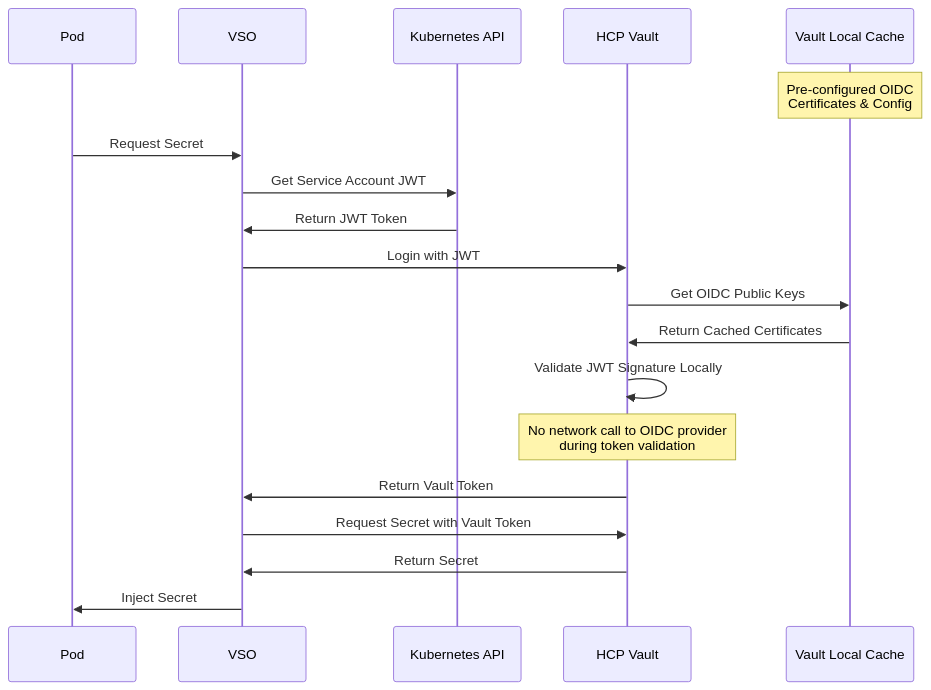
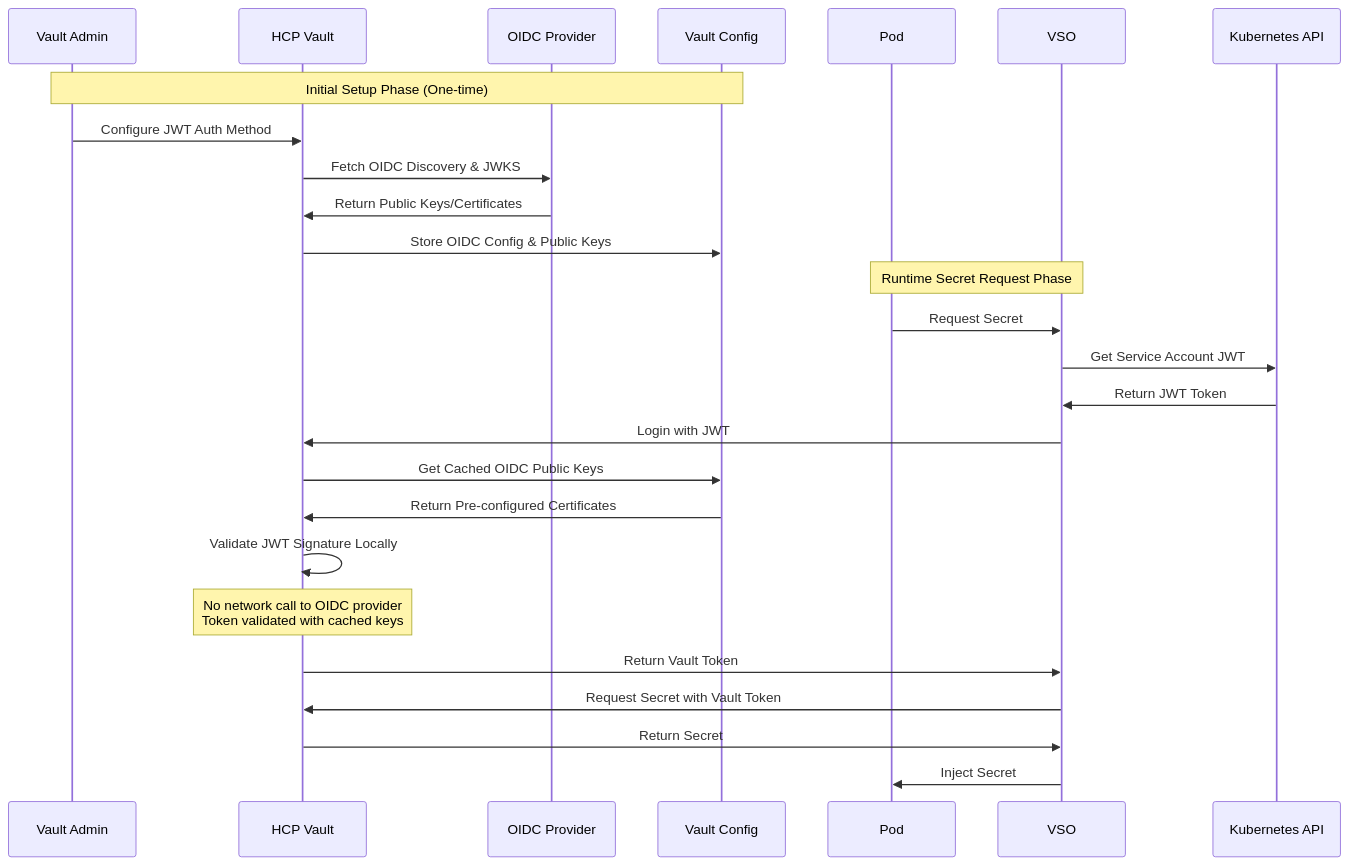
The fourth of 4 diagrams in docs/kubernetes-integration-guide.md (ucbabu/hcp-vault), drawn with Mermaid before and after one commit.

Commit message:
fix jwt auth

````diff
--- a/docs/kubernetes-integration-guide.md
+++ b/docs/kubernetes-integration-guide.md
@@ -135,22 +135,30 @@
 ```mermaid
 sequenceDiagram
+    participant Admin as Vault Admin
+    participant Vault as HCP Vault
+    participant OIDC as OIDC Provider
+    participant Cache as Vault Config
     participant Pod
     participant VSO
     participant K8sAPI as Kubernetes API
-    participant Vault as HCP Vault
-    participant Cache as Vault Local Cache
-    Note over Cache: Pre-configured OIDC<br/>Certificates & Config
     
+    Note over Admin,Cache: Initial Setup Phase (One-time)
+    Admin->>Vault: Configure JWT Auth Method
+    Vault->>OIDC: Fetch OIDC Discovery & JWKS
+    OIDC->>Vault: Return Public Keys/Certificates
+    Vault->>Cache: Store OIDC Config & Public Keys
+    
+    Note over Pod,VSO: Runtime Secret Request Phase
     Pod->>VSO: Request Secret
     VSO->>K8sAPI: Get Service Account JWT
     K8sAPI->>VSO: Return JWT Token
     VSO->>Vault: Login with JWT
-    Vault->>Cache: Get OIDC Public Keys
-    Cache->>Vault: Return Cached Certificates
+    Vault->>Cache: Get Cached OIDC Public Keys
+    Cache->>Vault: Return Pre-configured Certificates
     Vault->>Vault: Validate JWT Signature Locally
-    Note over Vault: No network call to OIDC provider<br/>during token validation
+    Note over Vault: No network call to OIDC provider<br/>Token validated with cached keys
     Vault->>VSO: Return Vault Token
     VSO->>Vault: Request Secret with Vault Token
     Vault->>VSO: Return Secret
     VSO->>Pod: Inject Secret
 ```
````
